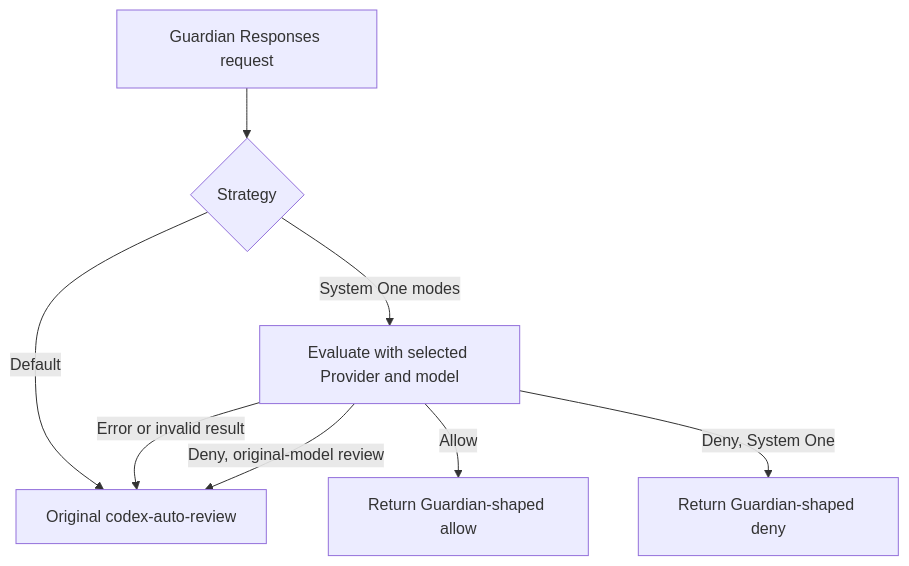
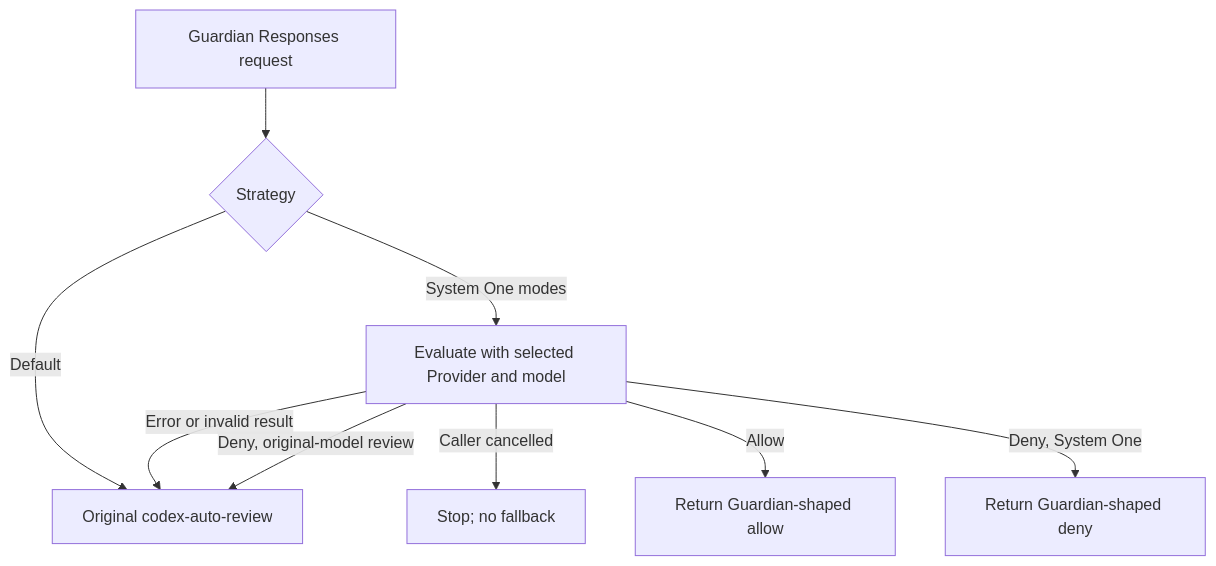
Before and after one commit to aio-proxy/aio-proxy: the diagram in docs/superpowers/specs/2026-09-23-guardian-system-one-review-design.md, drawn with Mermaid. The commit also changed other lines of this file, not shown here.

````diff
--- a/docs/superpowers/specs/2026-09-23-guardian-system-one-review-design.md
+++ b/docs/superpowers/specs/2026-09-23-guardian-system-one-review-design.md
@@ -40,10 +50,11 @@
 ```mermaid
 flowchart TD
     A[Guardian Responses request] --> B{Strategy}
     B -->|Default| O[Original codex-auto-review]
     B -->|System One modes| E[Evaluate with selected Provider and model]
     E -->|Error or invalid result| O
+    E -->|Caller cancelled| C[Stop; no fallback]
     E -->|Allow| S[Return Guardian-shaped allow]
     E -->|Deny, System One| D[Return Guardian-shaped deny]
     E -->|Deny, original-model review| O
 ```
````
